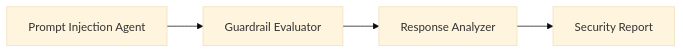
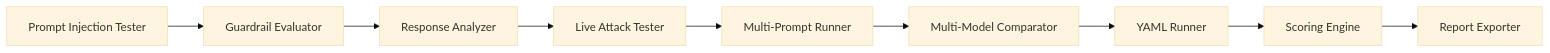
Before and after one commit to Sadelco/Sadelco: the diagram in README.md, drawn with Mermaid (base theme). The commit also changed other lines of this file, not shown here.

````diff
--- a/README.md
+++ b/README.md
@@ -27,6 +25,11 @@
 ```mermaid
 flowchart LR
-    A[Prompt Injection Agent] --> B[Guardrail Evaluator]
+    A[Prompt Injection Tester] --> B[Guardrail Evaluator]
     B --> C[Response Analyzer]
-    C --> D[Security Report]
+    C --> D[Live Attack Tester]
+    D --> E[Multi-Prompt Runner]
+    E --> F[Multi-Model Comparator]
+    F --> G[YAML Runner]
+    G --> H[Scoring Engine]
+    H --> I[Report Exporter]
 ```
````
